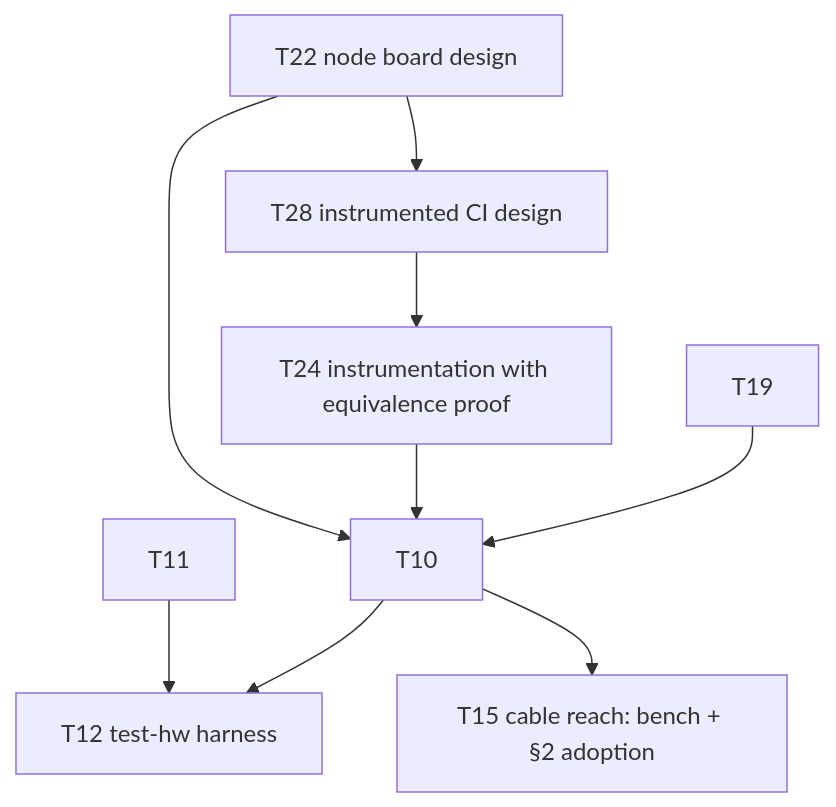
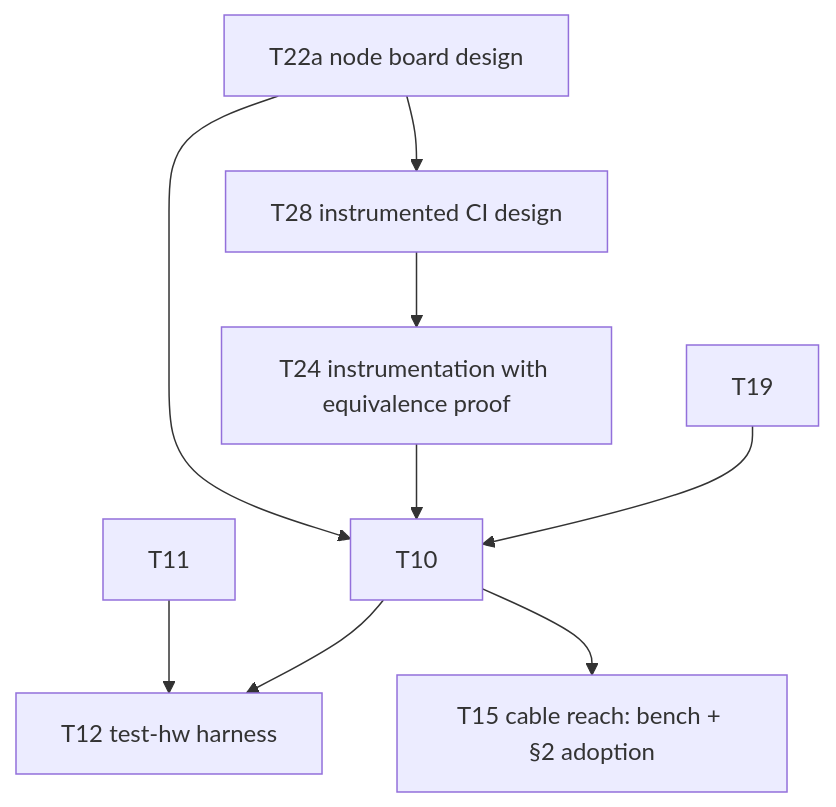
The diagram in KANBAN.md (kristofferkoch/oparroy), drawn with Mermaid before and after one commit. The commit also changed other lines of this file and 1 other file, not shown here.

First line of the commit message:
kanban: split T22 design/fab, promote T11, reorder Next, add T29

````diff
--- a/KANBAN.md
+++ b/KANBAN.md
@@ -34,11 +34,11 @@
 ```mermaid
 graph TD
     T19 --> T10
-    T22 --> T28[T28 instrumented CI design]
+    T22a --> T28[T28 instrumented CI design]
     T28 --> T24[T24 instrumentation with equivalence proof]
     T24 --> T10
-    T22[T22 node board design] --> T10
+    T22a[T22a node board design] --> T10
     T10 --> T12[T12 test-hw harness]
     T10 --> T15[T15 cable reach: bench + §2 adoption]
     T11 --> T12
 ```
````
